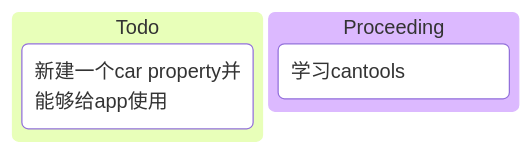
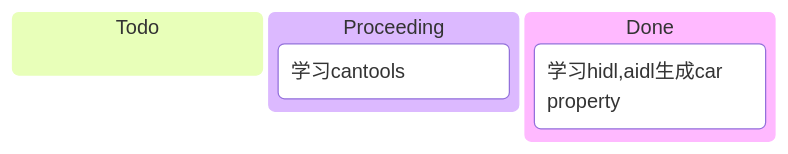
The diagram in about.md (braisedp/braisedp.github.io), drawn with Mermaid before and after one commit. The commit also changed 4 other files, not shown here.

````diff
--- a/about.md
+++ b/about.md
@@ -13,7 +13,8 @@
 ```mermaid
 kanban
  Todo
-  task1[新建一个car property并能够给app使用]
  Proceeding
   task2[学习cantools]
+ Done
+  task0[学习hidl,aidl生成car property]
 ```
````
